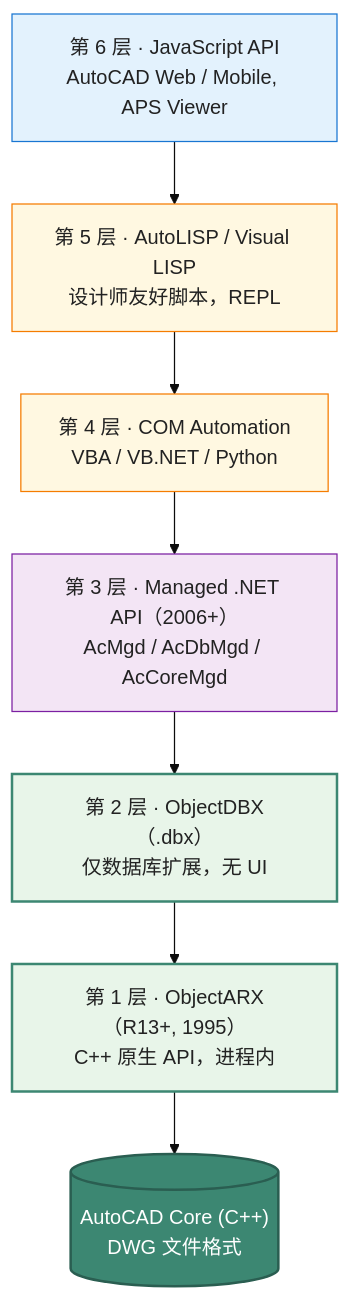
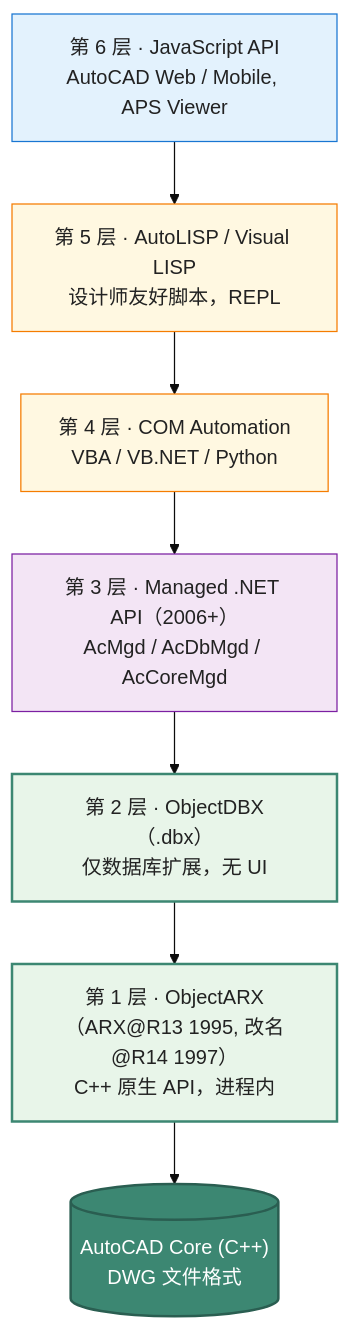
The second of 2 diagrams in docs/platforms/autocad.md (Lewis0x/LewisDocs), drawn with Mermaid (base theme) before and after one commit. The commit also changed other lines of this file and 22 other files, not shown here.

````diff
--- a/docs/platforms/autocad.md
+++ b/docs/platforms/autocad.md
@@ -146,21 +147,21 @@
 ```mermaid
 graph TB
     L1["第 6 层 · JavaScript API<br/>AutoCAD Web / Mobile, APS Viewer"]
     L2["第 5 层 · AutoLISP / Visual LISP<br/>设计师友好脚本，REPL"]
     L3["第 4 层 · COM Automation<br/>VBA / VB.NET / Python"]
     L4["第 3 层 · Managed .NET API（2006+）<br/>AcMgd / AcDbMgd / AcCoreMgd"]
     L5["第 2 层 · ObjectDBX（.dbx）<br/>仅数据库扩展，无 UI"]
-    L6["第 1 层 · ObjectARX（R13+, 1995）<br/>C++ 原生 API，进程内"]
+    L6["第 1 层 · ObjectARX（ARX@R13 1995, 改名@R14 1997）<br/>C++ 原生 API，进程内"]
     CORE[("AutoCAD Core (C++)<br/>DWG 文件格式")]
     L1 --> L2 --> L3 --> L4 --> L5 --> L6 --> CORE
     classDef web fill:#e3f2fd,stroke:#1976d2,color:#222
     classDef script fill:#fff8e1,stroke:#f57c00,color:#222
     classDef managed fill:#f3e5f5,stroke:#7b1fa2,color:#222
     classDef native fill:#e8f5e9,stroke:#3c8772,stroke-width:2px,color:#222
     classDef core fill:#3c8772,stroke:#2a5e51,color:#fff,stroke-width:2px
     class L1 web
     class L2,L3 script
     class L4 managed
     class L5,L6 native
     class CORE core
 ```
````
